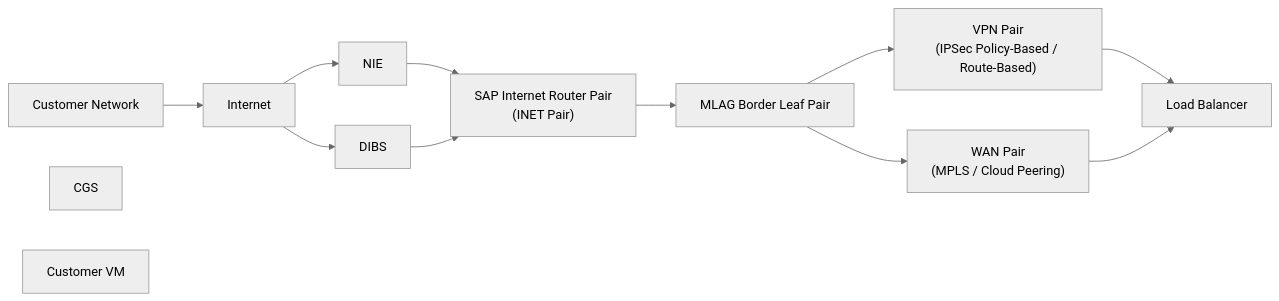
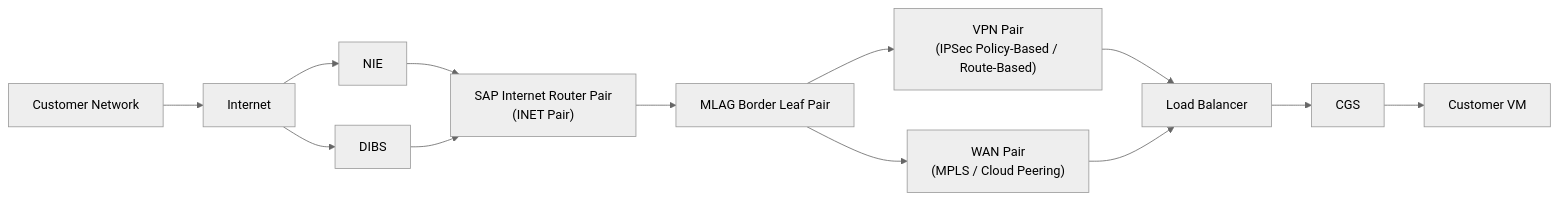
One commit to jeetroy1992/JEET changed the diagram in new flow.md. Above: the diagram before and after it, drawn with Mermaid (neutral theme).

Commit message:
Update new flow.md

````diff
--- a/new flow.md
+++ b/new flow.md
@@ -1,41 +1,44 @@
 ```mermaid
 flowchart LR
 
 %% ===========================
 %%     NODES
 %% ===========================
 
 A[Customer Network]
 B[Internet]
+
 C[NIE]
 C2[DIBS]
 
 INET["SAP Internet Router Pair<br/>(INET Pair)"]
 
 BL[MLAG Border Leaf Pair]
 
 VPN["VPN Pair<br/>(IPSec Policy‑Based / Route‑Based)"]
 WAN["WAN Pair<br/>(MPLS / Cloud Peering)"]
 
 F[Load Balancer]
 G[CGS]
 H[Customer VM]
 %%     FLOWS
 %% ===========================
 
 A --> B
 B --> C & C2
+
 C --> INET
 C2 --> INET
 
 INET --> BL
 
 %% Fan‑out from Border Leaf
 BL --> VPN
 BL --> WAN
 
 %% Convergence
 VPN --> F
 WAN --> F
 
+F --> G --> H
 ```
````
